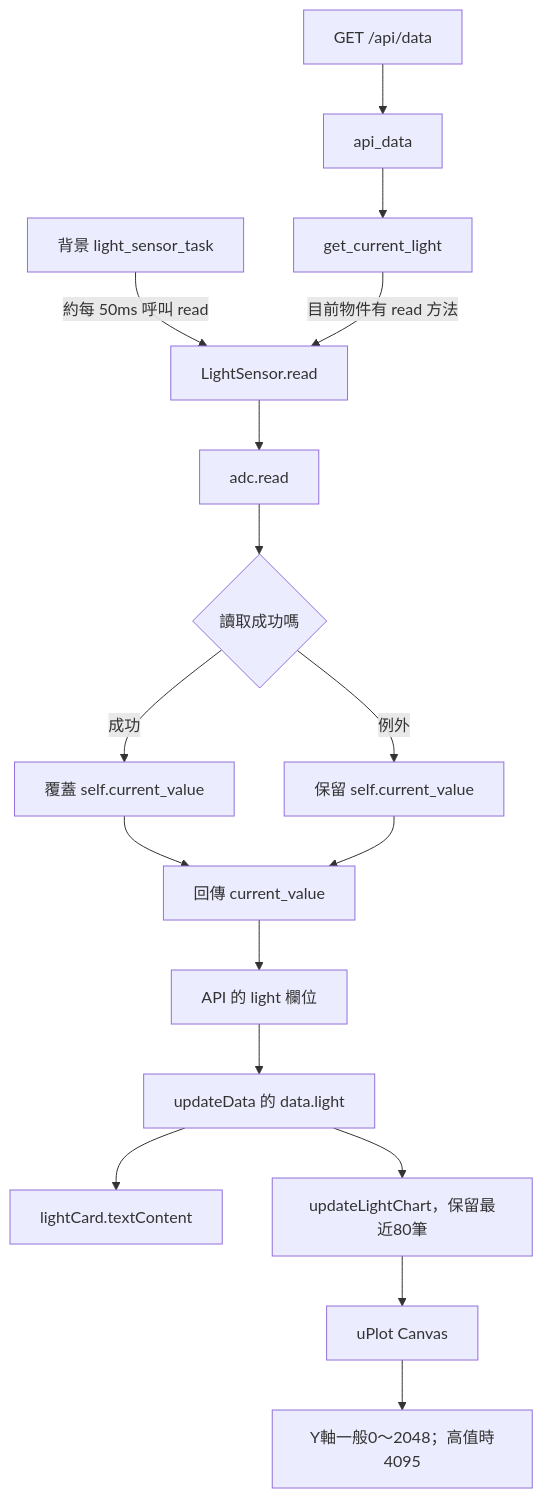
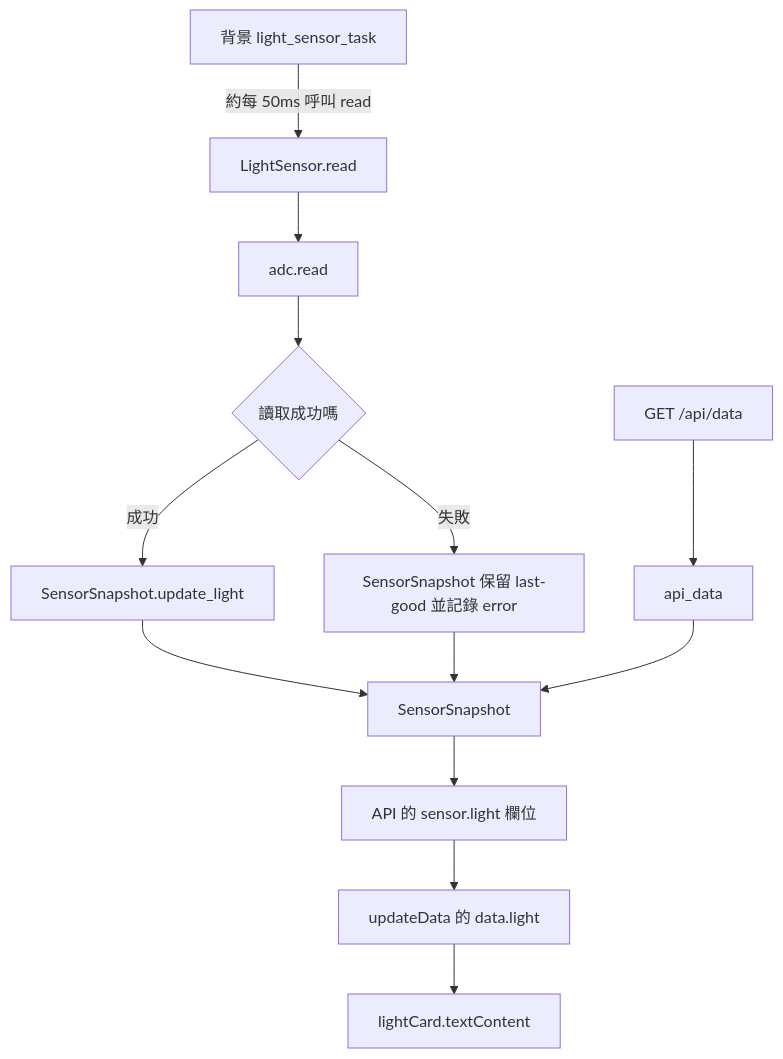
Before and after one commit to change918418-tech/IoT_Course: the seventh of 12 diagrams in WEB_UI_EXECUTION_GUIDE.md, drawn with Mermaid. The commit also changed other lines of this file and 25 other files, not shown here.

````diff
--- a/WEB_UI_EXECUTION_GUIDE.md
+++ b/WEB_UI_EXECUTION_GUIDE.md
@@ -476,19 +465,15 @@
 ```mermaid
 flowchart TB
     BG[背景 light_sensor_task] -->|約每 50ms 呼叫 read| Read[LightSensor.read]
-    HTTP[GET /api/data] --> API[api_data]
-    API --> Helper[get_current_light]
-    Helper -->|目前物件有 read 方法| Read
     Read --> ADC[adc.read]
     ADC --> Result{讀取成功嗎}
-    Result -->|成功| Store[覆蓋 self.current_value]
-    Result -->|例外| Old[保留 self.current_value]
-    Store --> Return[回傳 current_value]
-    Old --> Return
-    Return --> JSON[API 的 light 欄位]
+    Result -->|成功| Store[SensorSnapshot.update_light]
+    Result -->|失敗| Error[SensorSnapshot 保留 last-good 並記錄 error]
+    Store --> Snapshot[SensorSnapshot]
+    Error --> Snapshot
+    HTTP[GET /api/data] --> API[api_data]
+    API --> Snapshot
+    Snapshot --> JSON[API 的 sensor.light 欄位]
     JSON --> JS[updateData 的 data.light]
     JS --> DOM[lightCard.textContent]
-    JS --> History[updateLightChart，保留最近80筆]
-    History --> Chart[uPlot Canvas]
-    Chart --> Axis[Y軸一般0～2048；高值時4095]
 ```
````
